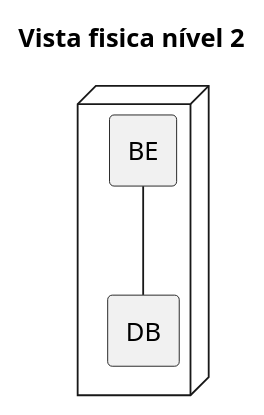
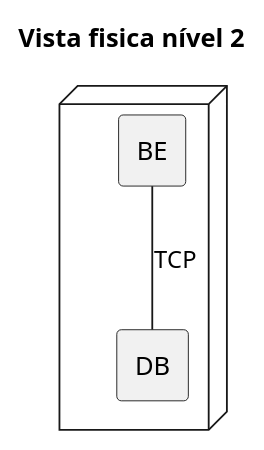
Before and after one commit to Guiigou/SIDIS_2024: the diagram in LibraryAPI/docs/Vista física/Nivel2.puml, drawn with PlantUML. The commit also changed 3 other files, not shown here.

```diff
--- a/LibraryAPI/docs/Vista física/Nivel2.puml
+++ b/LibraryAPI/docs/Vista física/Nivel2.puml
@@ -1,16 +1,16 @@
 @startuml
  'https://plantuml.com/class-diagram
 
 title Vista fisica nível 2
 
  hide circle
  skinparam classAttributeIconSize 0
 
 node {
     agent BE
     agent DB
 }
 
-BE -- DB
+BE -- DB : TCP
 
 @enduml
```
